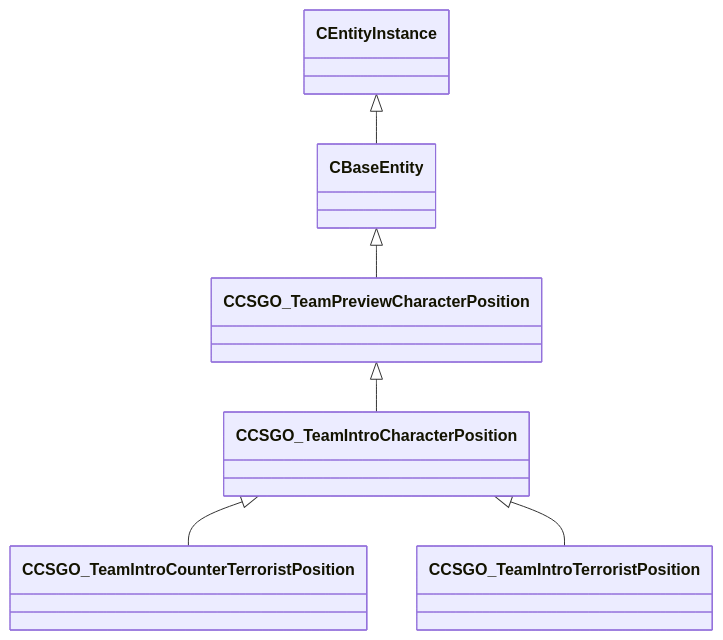
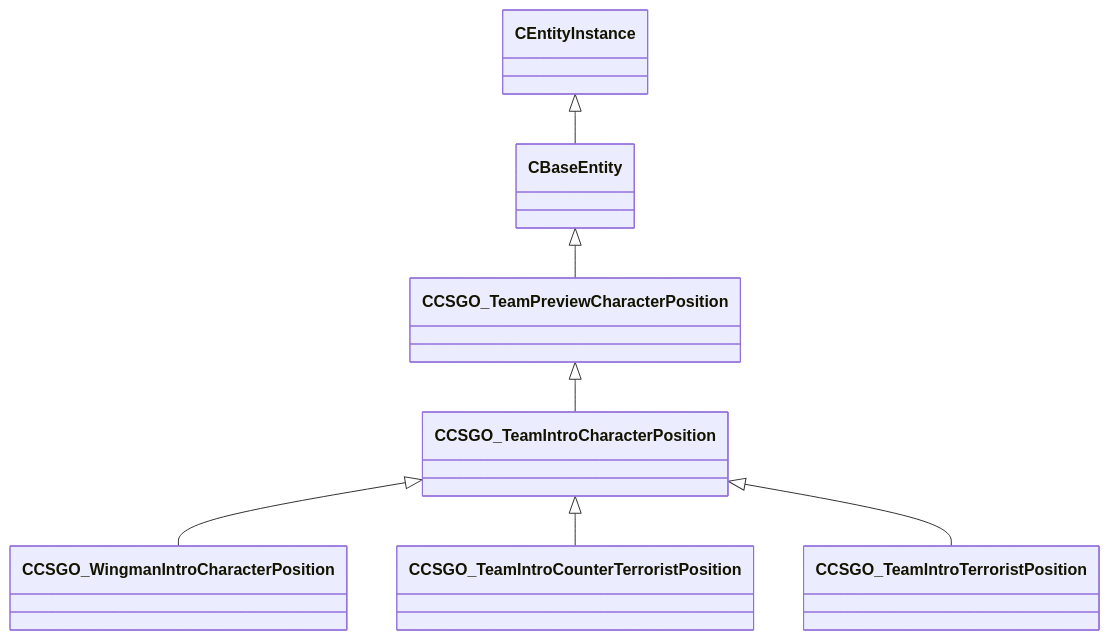
The diagram in docs/generated/schemas/server/CCSGO_TeamIntroCharacterPosition.md (CS2OpenDev/CS2OpenDev-Docs), drawn with Mermaid before and after one commit. The commit also changed other lines of this file and 4525 other files, not shown here.

````diff
--- a/docs/generated/schemas/server/CCSGO_TeamIntroCharacterPosition.md
+++ b/docs/generated/schemas/server/CCSGO_TeamIntroCharacterPosition.md
@@ -19,8 +21,9 @@
 ```mermaid
 classDiagram
     CCSGO_TeamPreviewCharacterPosition <|-- CCSGO_TeamIntroCharacterPosition
     CBaseEntity <|-- CCSGO_TeamPreviewCharacterPosition
     CEntityInstance <|-- CBaseEntity
+    CCSGO_TeamIntroCharacterPosition <|-- CCSGO_WingmanIntroCharacterPosition
     CCSGO_TeamIntroCharacterPosition <|-- CCSGO_TeamIntroCounterTerroristPosition
     CCSGO_TeamIntroCharacterPosition <|-- CCSGO_TeamIntroTerroristPosition
 ```
````
